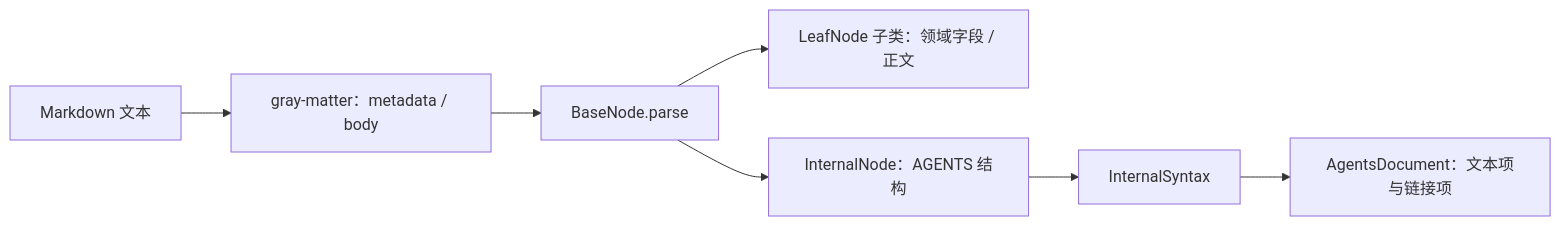
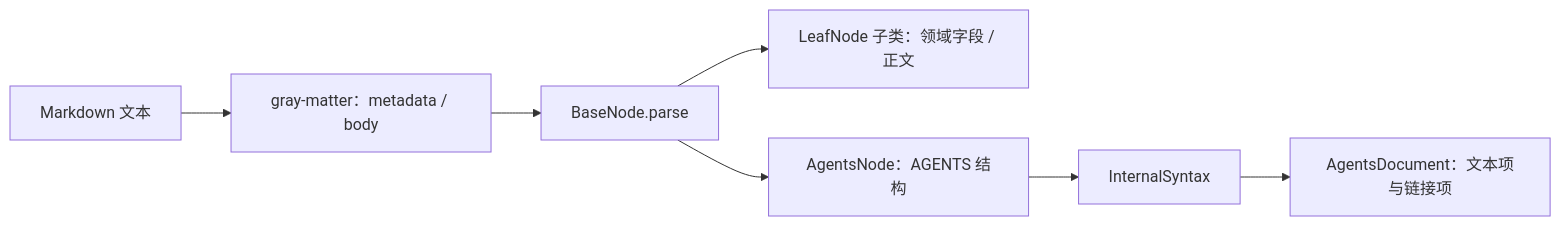
Before and after one commit to VirusPC/edges: the fifth of 6 diagrams in extensions/cli/src/domain/models/README.md, drawn with Mermaid. The commit also changed other lines of this file and 1629 other files, not shown here.

````diff
--- a/extensions/cli/src/domain/models/README.md
+++ b/extensions/cli/src/domain/models/README.md
@@ -154,9 +197,9 @@
 ```mermaid
 flowchart LR
     MD[Markdown 文本] --> GM[gray-matter：metadata / body]
     GM --> B[BaseNode.parse]
     B --> L[LeafNode 子类：领域字段 / 正文]
-    B --> I[InternalNode：AGENTS 结构]
+    B --> I[AgentsNode：AGENTS 结构]
     I --> X[InternalSyntax]
     X --> D[AgentsDocument：文本项与链接项]
 ```
````
